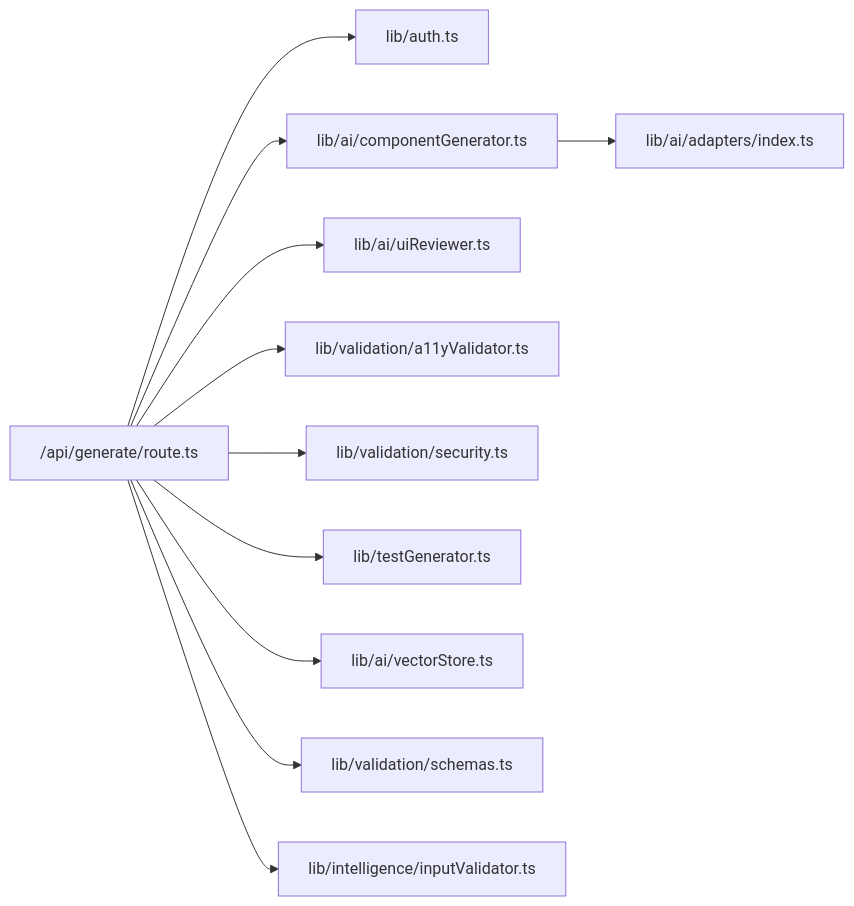
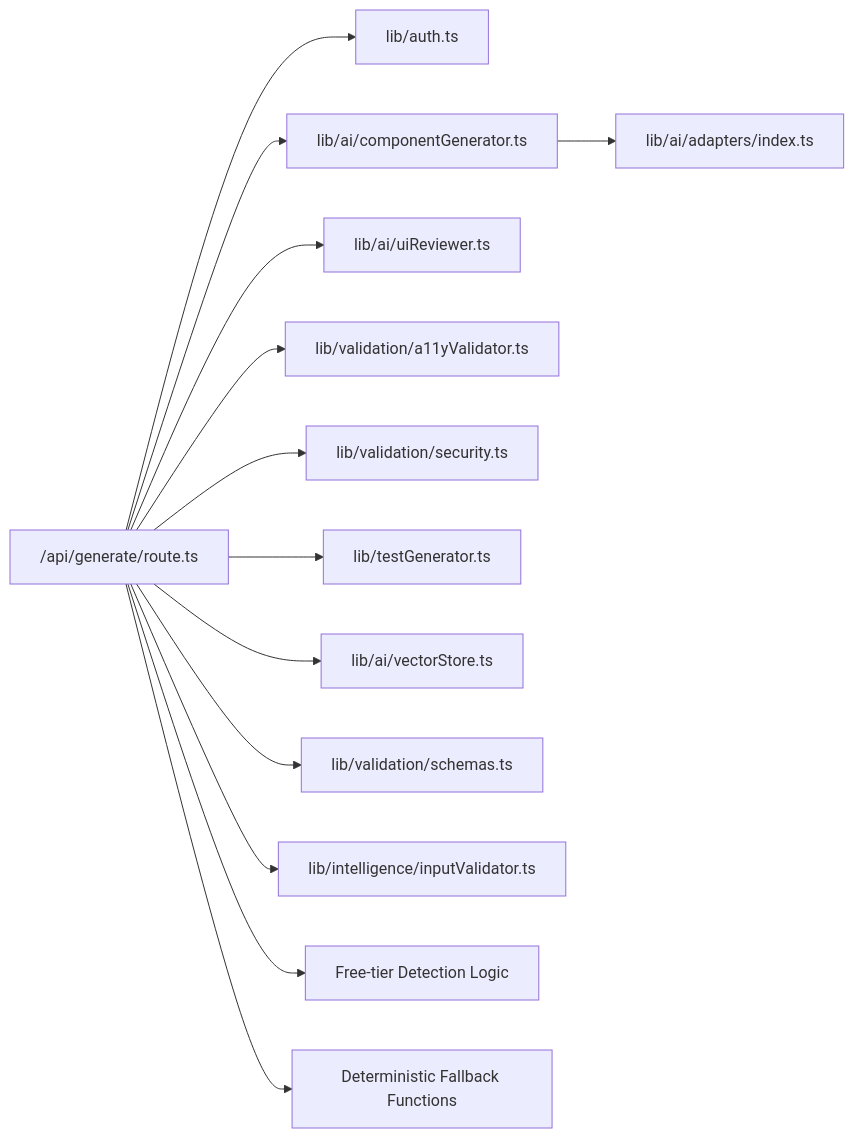
The fifth of 5 diagrams in .qoder/repowiki/en/content/Architecture & Design/Layered Architecture/API Layer/Generation API.md (shekhargiri005-dotcom/AI-powered-accessibility-first-UI-engine), drawn with Mermaid before and after one commit. The commit also changed other lines of this file and 38 other files, not shown here.

````diff
--- a/.qoder/repowiki/en/content/Architecture & Design/Layered Architecture/API Layer/Generation API.md
+++ b/.qoder/repowiki/en/content/Architecture & Design/Layered Architecture/API Layer/Generation API.md
@@ -313,13 +394,15 @@
 ```mermaid
 graph LR
 Route["/api/generate/route.ts"] --> Auth["lib/auth.ts"]
 Route --> Gen["lib/ai/componentGenerator.ts"]
 Gen --> Adapters["lib/ai/adapters/index.ts"]
 Route --> Review["lib/ai/uiReviewer.ts"]
 Route --> A11y["lib/validation/a11yValidator.ts"]
 Route --> Security["lib/validation/security.ts"]
 Route --> Tests["lib/testGenerator.ts"]
 Route --> Persist["lib/ai/vectorStore.ts"]
 Route --> Schemas["lib/validation/schemas.ts"]
 Route --> InputVal["lib/intelligence/inputValidator.ts"]
+Route --> FreeTier["Free-tier Detection Logic"]
+Route --> Fallback["Deterministic Fallback Functions"]
 ```
````
